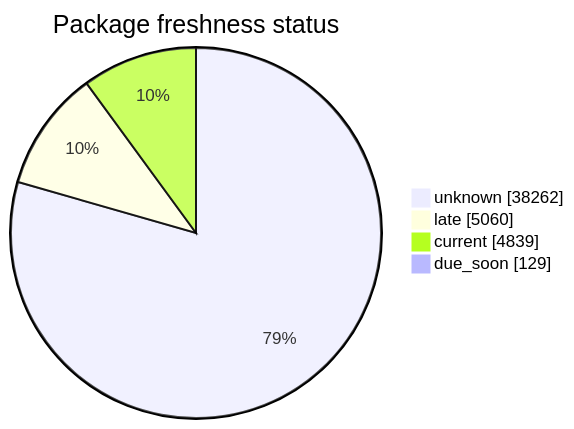
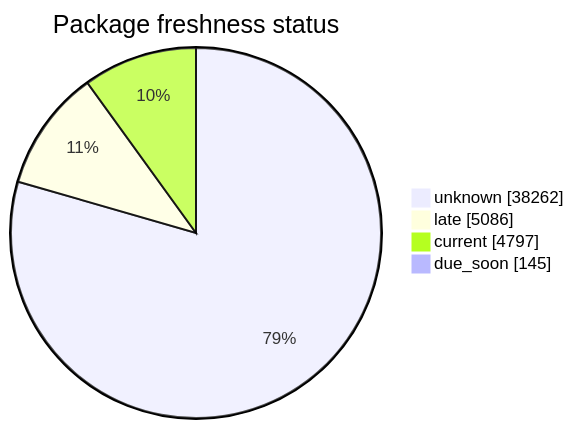
The second of 5 diagrams in FreshCheck/README.md (open-data/analytics-corporate-reporting), drawn with Mermaid before and after one commit. The commit also changed other lines of this file and 3 other files, not shown here.

````diff
--- a/FreshCheck/README.md
+++ b/FreshCheck/README.md
@@ -68,7 +68,7 @@
 ```mermaid
 pie showData title Package freshness status
     "unknown": 38262
-    "late": 5060
-    "current": 4839
-    "due_soon": 129
+    "late": 5086
+    "current": 4797
+    "due_soon": 145
 ```
````
